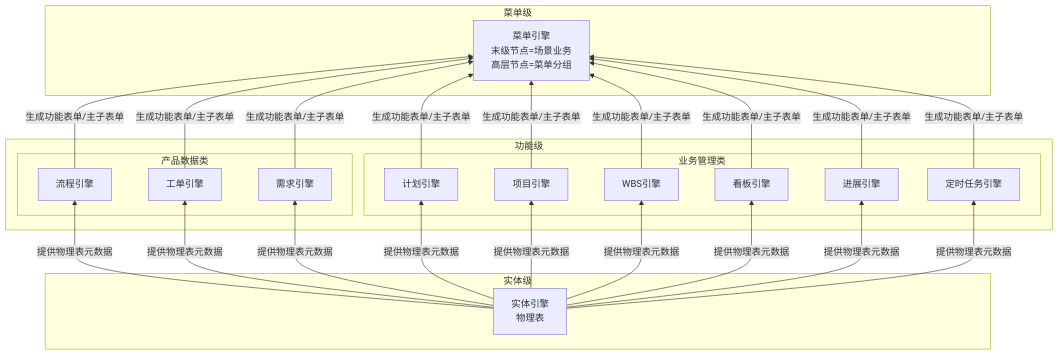
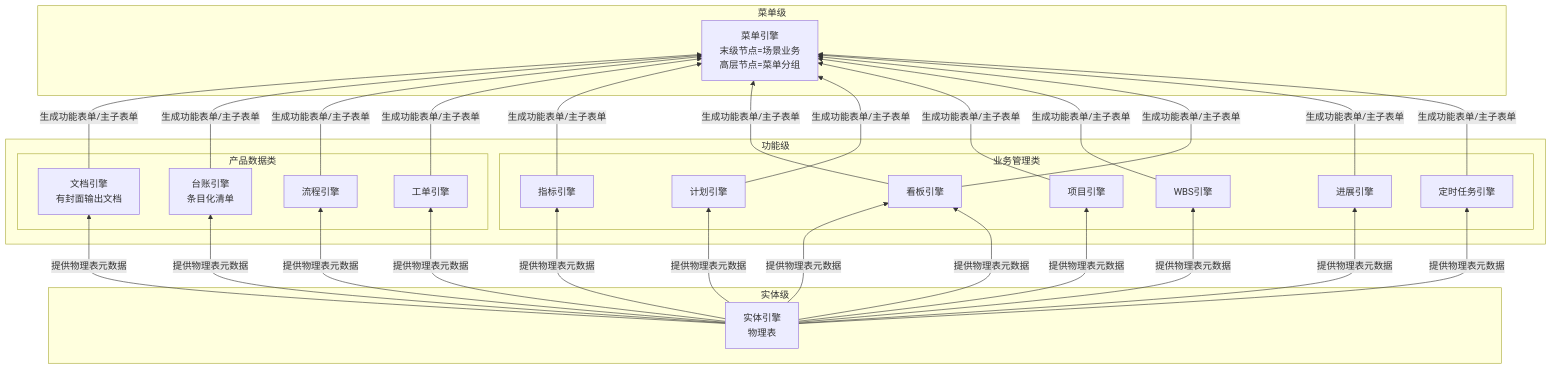
One commit to Yongjunzhou/AOS-system-design changed the diagram in 20-pl4eos/10-pl4eos-subpl-sysdev/10-wfsysdev-4-eos/91-eos-biz-eng-spec.md. Above: the diagram before and after it, drawn with Mermaid. The commit also changed other lines of this file and 2 other files, not shown here.

First line of the commit message:
feat(91-spec): v4.0-draft 引擎体系重构——新增文档/台账/指标引擎，移除需求引擎，biz三Skill职责重定义

````diff
--- a/20-pl4eos/10-pl4eos-subpl-sysdev/10-wfsysdev-4-eos/91-eos-biz-eng-spec.md
+++ b/20-pl4eos/10-pl4eos-subpl-sysdev/10-wfsysdev-4-eos/91-eos-biz-eng-spec.md
@@ -170,43 +181,51 @@
 ```mermaid
 %%{init: {'theme': 'default', 'flowchart': {'useMaxWidth': false, 'htmlLabels': true}}}%%
 graph BT
   subgraph 实体级
     ENTITY[实体引擎<br/>物理表]
   end
   subgraph 功能级
     subgraph 产品数据类
-      REQ[需求引擎]
+      DOC[文档引擎<br/>有封面输出文档]
+      LEDGER[台账引擎<br/>条目化清单]
       FLOW[流程引擎]
       WO[工单引擎]
     end
     subgraph 业务管理类
+      IND[指标引擎]
+      KANBAN[看板引擎]
       PROJ[项目引擎]
       WBS[WBS引擎]
       TASK[计划引擎]
-      KANBAN[看板引擎]
       PROG[进展引擎]
       SCH[定时任务引擎]
     end
   end
   subgraph 菜单级
     MENU[菜单引擎<br/>末级节点=场景业务<br/>高层节点=菜单分组]
   end
+  ENTITY -->|提供物理表元数据| DOC
+  ENTITY -->|提供物理表元数据| LEDGER
   ENTITY -->|提供物理表元数据| FLOW
   ENTITY -->|提供物理表元数据| WO
-  ENTITY -->|提供物理表元数据| REQ
+  ENTITY -->|提供物理表元数据| IND
+  ENTITY -->|提供物理表元数据| KANBAN
   ENTITY -->|提供物理表元数据| TASK
   ENTITY -->|提供物理表元数据| PROJ
   ENTITY -->|提供物理表元数据| WBS
   ENTITY -->|提供物理表元数据| KANBAN
   ENTITY -->|提供物理表元数据| PROG
   ENTITY -->|提供物理表元数据| SCH
+  DOC -->|生成功能表单/主子表单| MENU
+  LEDGER -->|生成功能表单/主子表单| MENU
   FLOW -->|生成功能表单/主子表单| MENU
   WO -->|生成功能表单/主子表单| MENU
-  REQ -->|生成功能表单/主子表单| MENU
+  IND -->|生成功能表单/主子表单| MENU
+  KANBAN -->|生成功能表单/主子表单| MENU
   TASK -->|生成功能表单/主子表单| MENU
   PROJ -->|生成功能表单/主子表单| MENU
   WBS -->|生成功能表单/主子表单| MENU
   KANBAN -->|生成功能表单/主子表单| MENU
   PROG -->|生成功能表单/主子表单| MENU
   SCH -->|生成功能表单/主子表单| MENU
 ```
````
